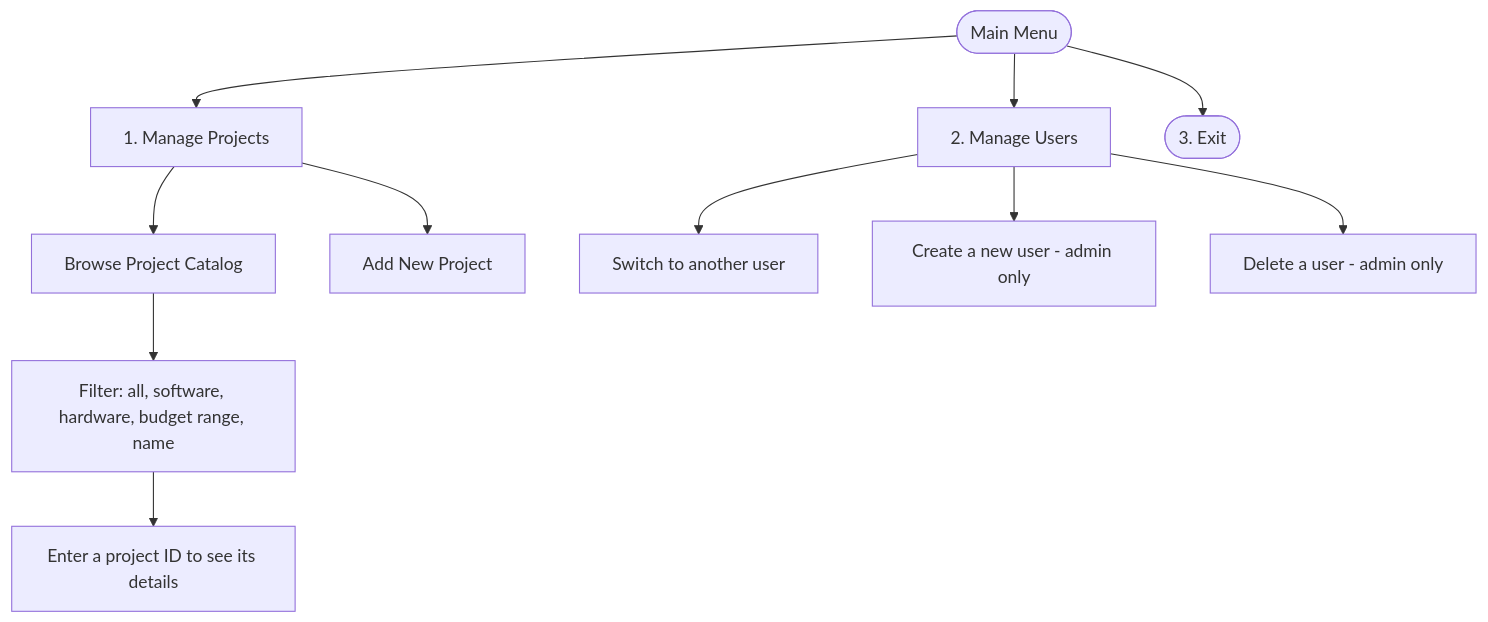
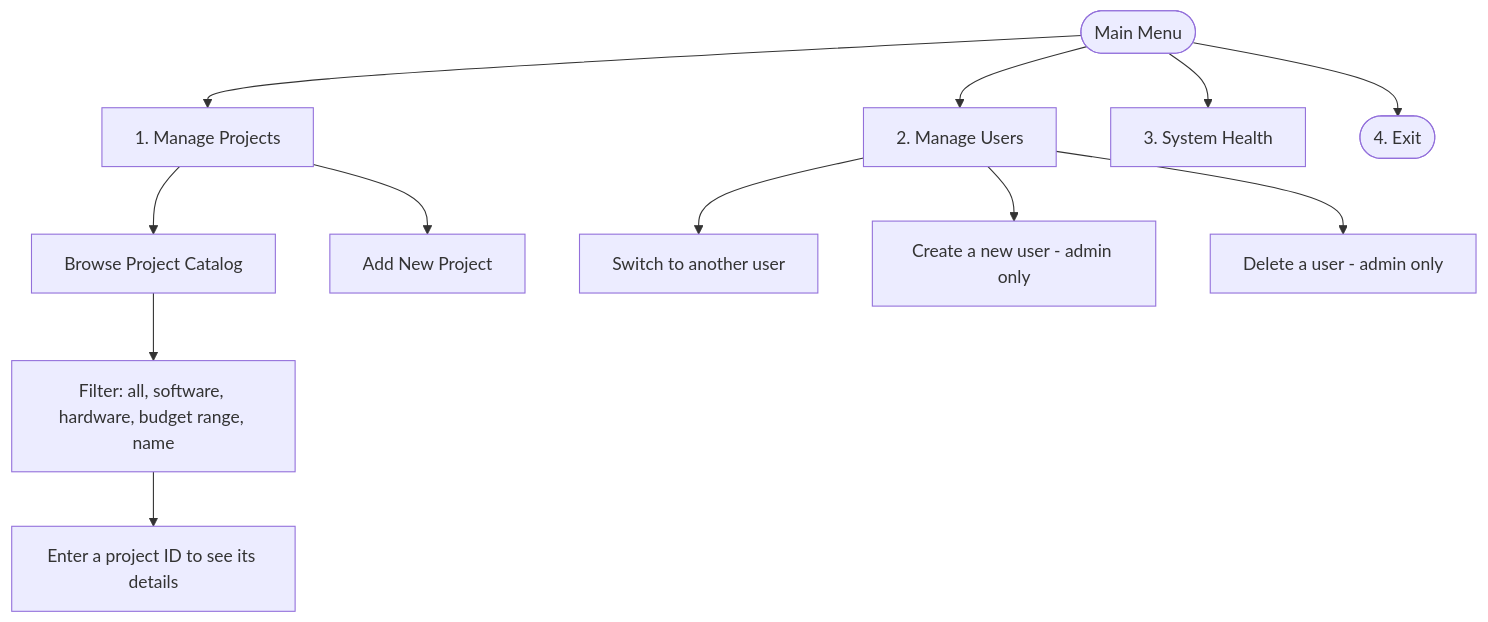
One commit to josephus-mupanda/project-management-system-agile-and-devops changed the second of 2 diagrams in README.md. Above: the diagram before and after it, drawn with Mermaid. The commit also changed other lines of this file and 6 other files, not shown here.

Commit message:
feat(US-05): add System Health screen with status, uptime and error count

````diff
--- a/README.md
+++ b/README.md
@@ -71,15 +87,16 @@
 ```mermaid
 flowchart TD
     M(["Main Menu"]) --> P["1. Manage Projects"]
     M --> U["2. Manage Users"]
-    M --> X(["3. Exit"])
+    M --> H["3. System Health"]
+    M --> X(["4. Exit"])
 
     P --> P1["Browse Project Catalog"]
     P --> P2["Add New Project"]
     P1 --> F["Filter: all, software, hardware, budget range, name"]
     F --> D["Enter a project ID to see its details"]
 
     U --> U1["Switch to another user"]
     U --> U2["Create a new user - admin only"]
     U --> U3["Delete a user - admin only"]
 ```
````
